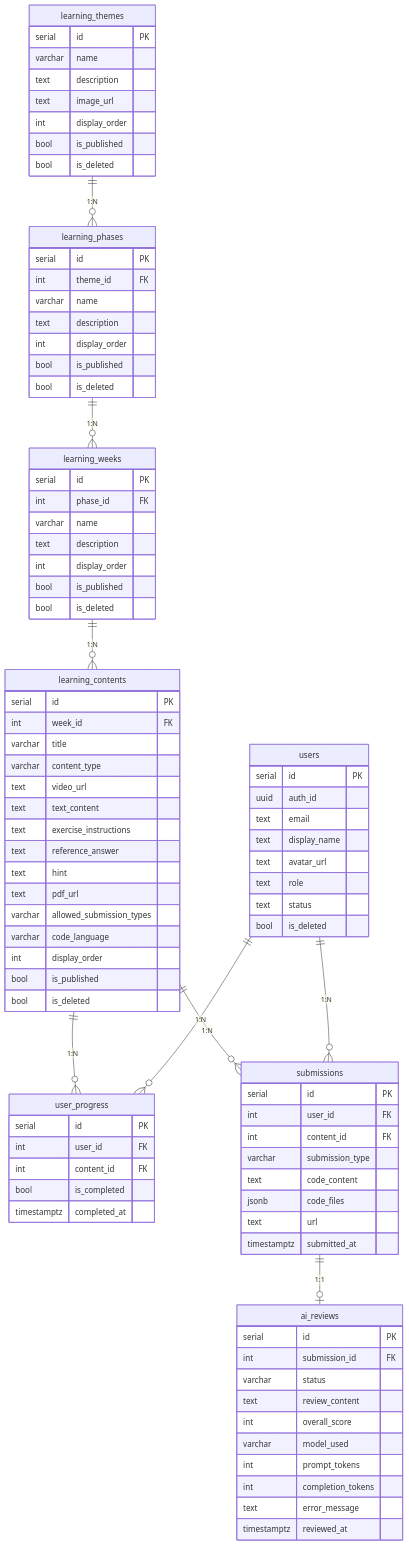
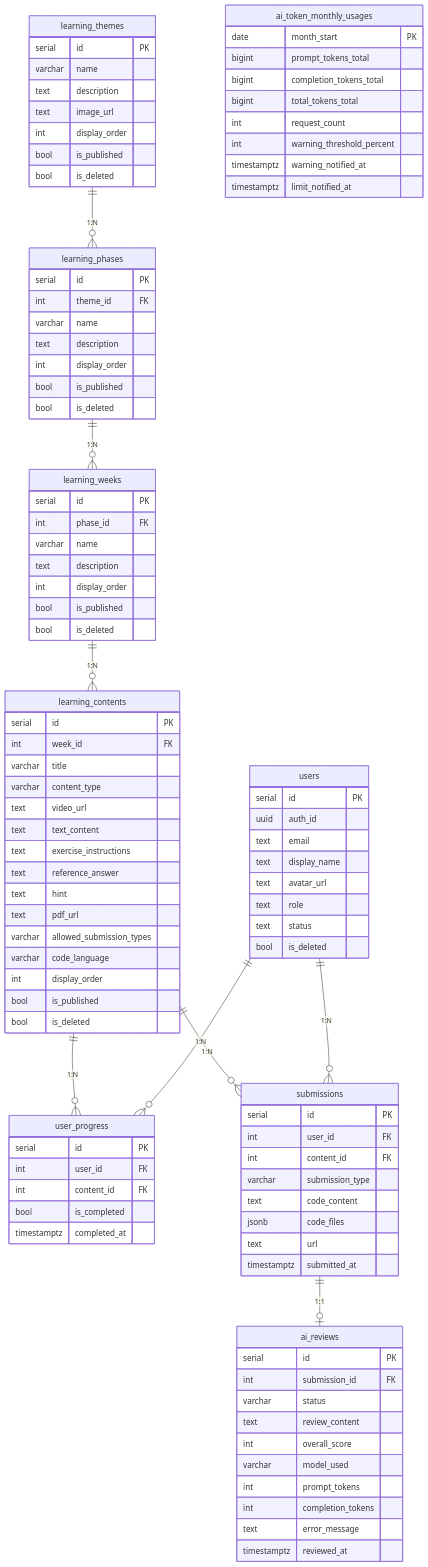
Before and after one commit to Singuralitylabs/sinlab-study: the diagram in docs/database.md, drawn with Mermaid. The commit also changed other lines of this file and 2 other files, not shown here.

````diff
--- a/docs/database.md
+++ b/docs/database.md
@@ -117,4 +117,14 @@
         text error_message
         timestamptz reviewed_at
     }
+    ai_token_monthly_usages {
+        date month_start PK
+        bigint prompt_tokens_total
+        bigint completion_tokens_total
+        bigint total_tokens_total
+        int request_count
+        int warning_threshold_percent
+        timestamptz warning_notified_at
+        timestamptz limit_notified_at
+    }
 ```
````
